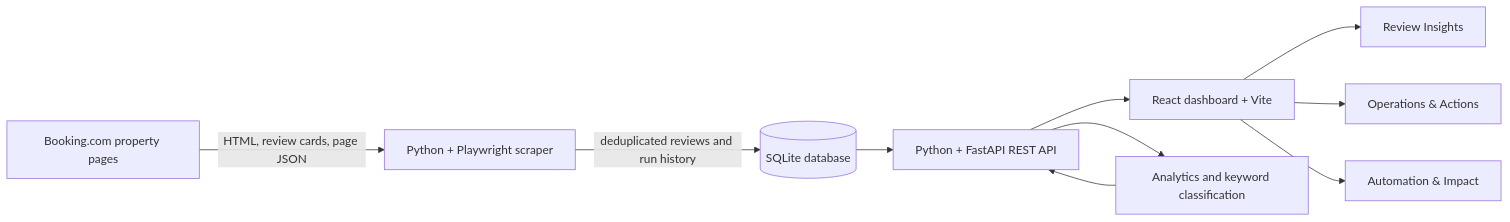
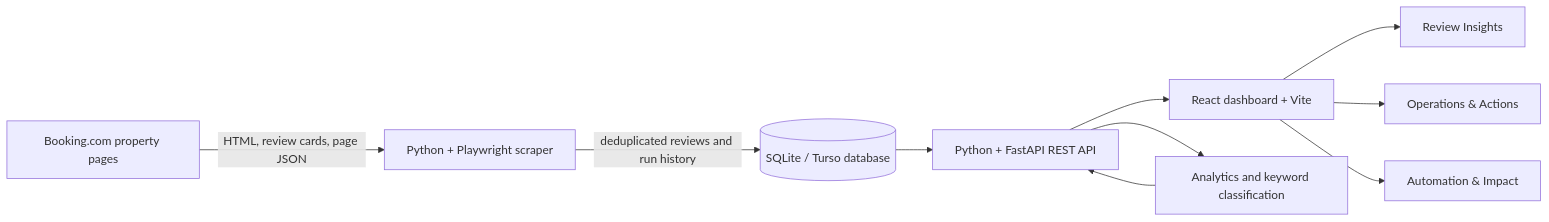
One commit to hakeemsallauddin/Azzurro-hotels-review-insights changed the diagram in README.md. Above: the diagram before and after it, drawn with Mermaid. The commit also changed other lines of this file, not shown here.

Commit message:
README: architecture diagram and intro reflect the hosted Turso database

````diff
--- a/README.md
+++ b/README.md
@@ -65,12 +65,12 @@
 ```mermaid
 flowchart LR
     B[Booking.com property pages] -->|HTML, review cards, page JSON| S[Python + Playwright scraper]
-    S -->|deduplicated reviews and run history| DB[(SQLite database)]
+    S -->|deduplicated reviews and run history| DB[(SQLite / Turso database)]
     DB --> API[Python + FastAPI REST API]
     API --> UI[React dashboard + Vite]
     UI --> V1[Review Insights]
     UI --> V2[Operations & Actions]
     UI --> V3[Automation & Impact]
     API --> CL[Analytics and keyword classification]
     CL --> API
 ```
````
